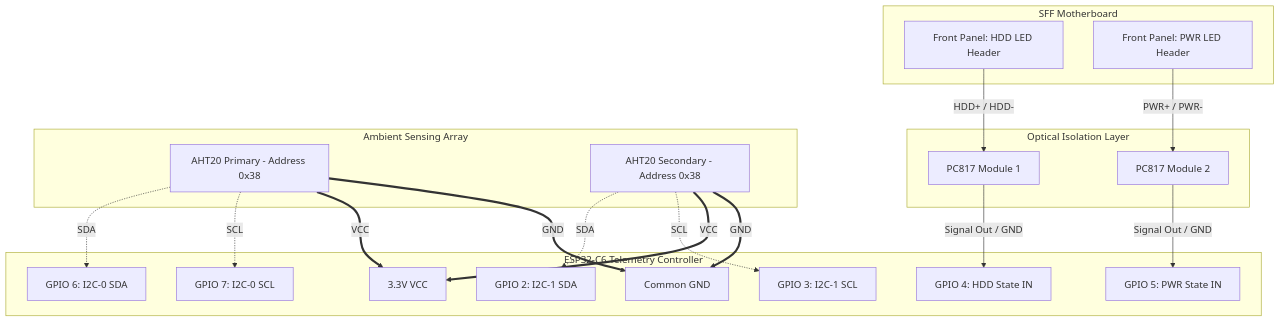
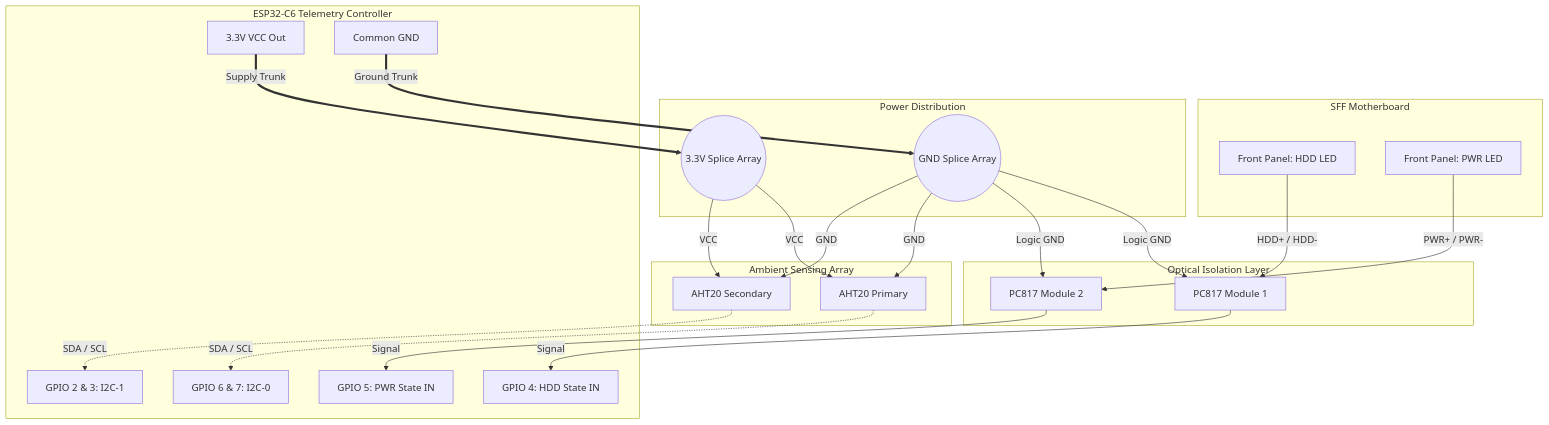
Before and after one commit to aniva/random-stuff: the diagram in sff_case_9L_01/telemetry_display/agents.md, drawn with Mermaid.

Commit message:
updated mermaid

````diff
--- a/sff_case_9L_01/telemetry_display/agents.md
+++ b/sff_case_9L_01/telemetry_display/agents.md
@@ -32,44 +32,55 @@
 ```mermaid
 graph TD
     subgraph SFF Motherboard
-        MB_HDD[Front Panel: HDD LED Header]
-        MB_PWR[Front Panel: PWR LED Header]
+        MB_HDD[Front Panel: HDD LED]
+        MB_PWR[Front Panel: PWR LED]
     end
 
     subgraph Optical Isolation Layer
         OPTO_HDD[PC817 Module 1]
         OPTO_PWR[PC817 Module 2]
     end
 
+    subgraph Power Distribution
+        V33_SPLICE((3.3V Splice Array))
+        GND_SPLICE((GND Splice Array))
+    end
+
     subgraph ESP32-C6 Telemetry Controller
-        V33[3.3V VCC]
+        V33[3.3V VCC Out]
         GND[Common GND]
         GPIO4[GPIO 4: HDD State IN]
         GPIO5[GPIO 5: PWR State IN]
-        GPIO6[GPIO 6: I2C-0 SDA]
-        GPIO7[GPIO 7: I2C-0 SCL]
-        GPIO2[GPIO 2: I2C-1 SDA]
-        GPIO3[GPIO 3: I2C-1 SCL]
+        GPIO6_7[GPIO 6 & 7: I2C-0]
+        GPIO2_3[GPIO 2 & 3: I2C-1]
     end
 
     subgraph Ambient Sensing Array
-        AHT1[AHT20 Primary - Address 0x38]
-        AHT2[AHT20 Secondary - Address 0x38]
+        AHT1[AHT20 Primary]
+        AHT2[AHT20 Secondary]
     end
 
+    %% High Voltage / Isolated Side
     MB_HDD -->|HDD+ / HDD-| OPTO_HDD
     MB_PWR -->|PWR+ / PWR-| OPTO_PWR
 
-    OPTO_HDD -->|Signal Out / GND| GPIO4
-    OPTO_PWR -->|Signal Out / GND| GPIO5
+    %% Main Power Trunks (ESP32 to Splice Blocks)
+    V33 ==>|Supply Trunk| V33_SPLICE
+    GND ==>|Ground Trunk| GND_SPLICE
 
-    AHT1 -.->|SDA| GPIO6
-    AHT1 -.->|SCL| GPIO7
-    AHT1 ==>|VCC| V33
-    AHT1 ==>|GND| GND
+    %% 3.3V Distribution
+    V33_SPLICE -->|VCC| AHT1
+    V33_SPLICE -->|VCC| AHT2
 
-    AHT2 -.->|SDA| GPIO2
-    AHT2 -.->|SCL| GPIO3
-    AHT2 ==>|VCC| V33
-    AHT2 ==>|GND| GND
+    %% GND Distribution (Logic Side)
+    GND_SPLICE -->|Logic GND| OPTO_HDD
+    GND_SPLICE -->|Logic GND| OPTO_PWR
+    GND_SPLICE -->|GND| AHT1
+    GND_SPLICE -->|GND| AHT2
+
+    %% Signal Routing
+    OPTO_HDD -->|Signal| GPIO4
+    OPTO_PWR -->|Signal| GPIO5
+    AHT1 -.->|SDA / SCL| GPIO6_7
+    AHT2 -.->|SDA / SCL| GPIO2_3
 ```
````
